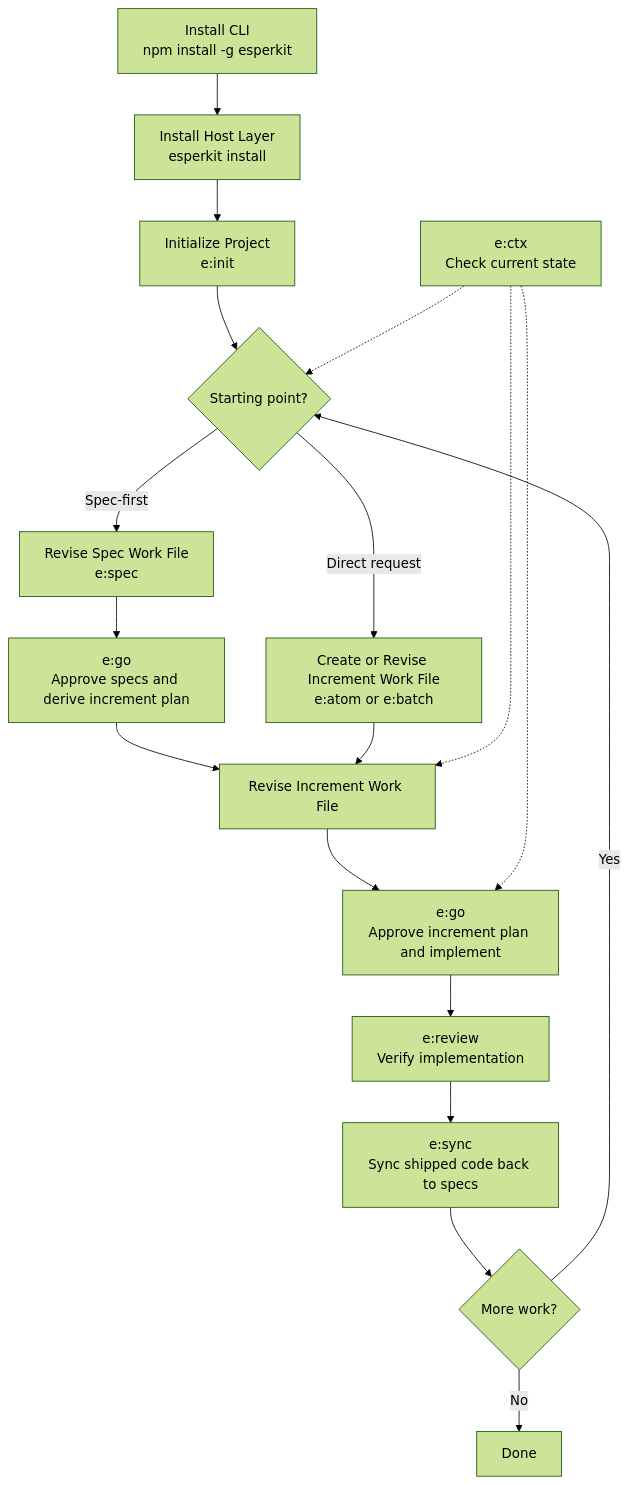
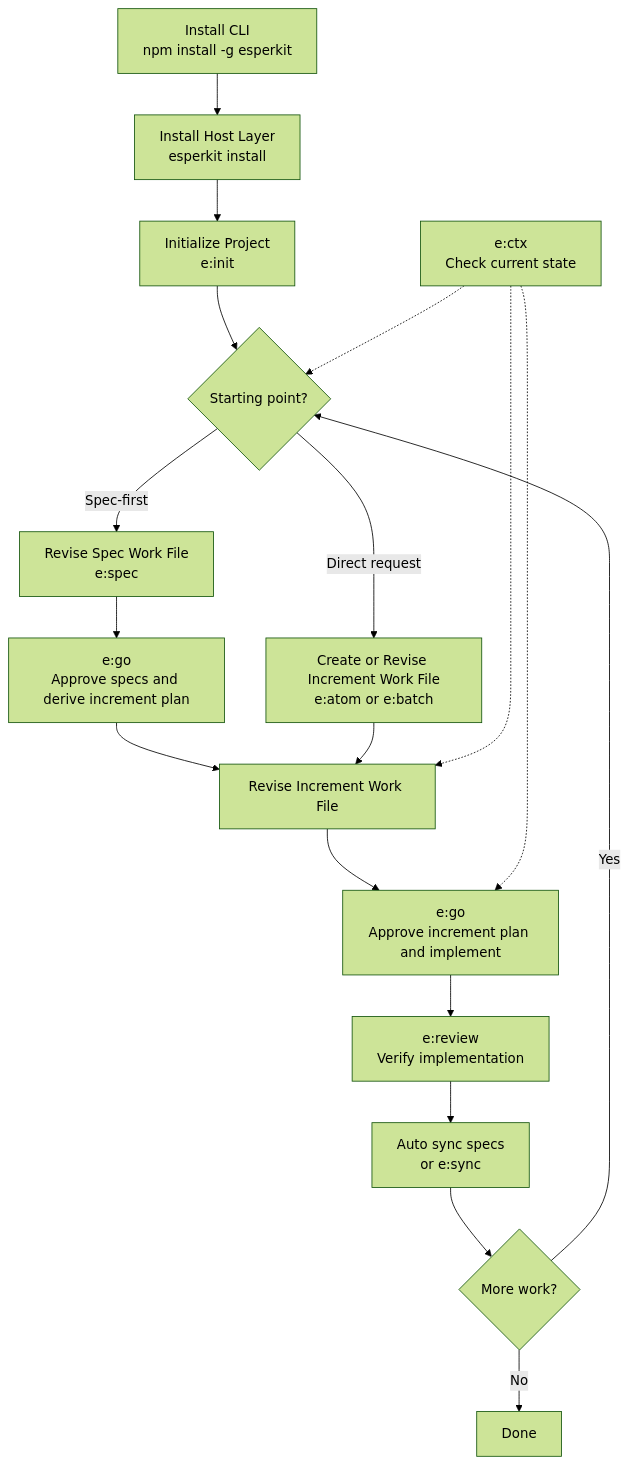
One commit to sichengchen/esper changed the diagram in specs/esperkit-spec.md. Above: the diagram before and after it, drawn with Mermaid (forest theme). The commit also changed other lines of this file and 1 other file, not shown here.

Commit message:
feat: update specs and docs

````diff
--- a/specs/esperkit-spec.md
+++ b/specs/esperkit-spec.md
@@ -385,24 +385,24 @@
 ```mermaid
 flowchart TD
     A[Install CLI<br/>npm install -g esperkit] --> B[Install Host Layer<br/>esperkit install]
     B --> C[Initialize Project<br/>e:init]
     C --> D{Starting point?}
 
     D -->|Spec-first| E[Revise Spec Work File<br/>e:spec]
     E --> F[e:go<br/>Approve specs and derive increment plan]
     F --> G[Revise Increment Work File]
 
     D -->|Direct request| H[Create or Revise Increment Work File<br/>e:atom or e:batch]
     H --> G
 
     G --> I[e:go<br/>Approve increment plan and implement]
     I --> J[e:review<br/>Verify implementation]
-    J --> K[e:sync<br/>Sync shipped code back to specs]
+    J --> K[Auto sync specs<br/>or e:sync]
     K --> L{More work?}
     L -->|Yes| D
     L -->|No| M[Done]
 
     N[e:ctx<br/>Check current state] -.-> D
     N -.-> G
     N -.-> I
 ```
````
